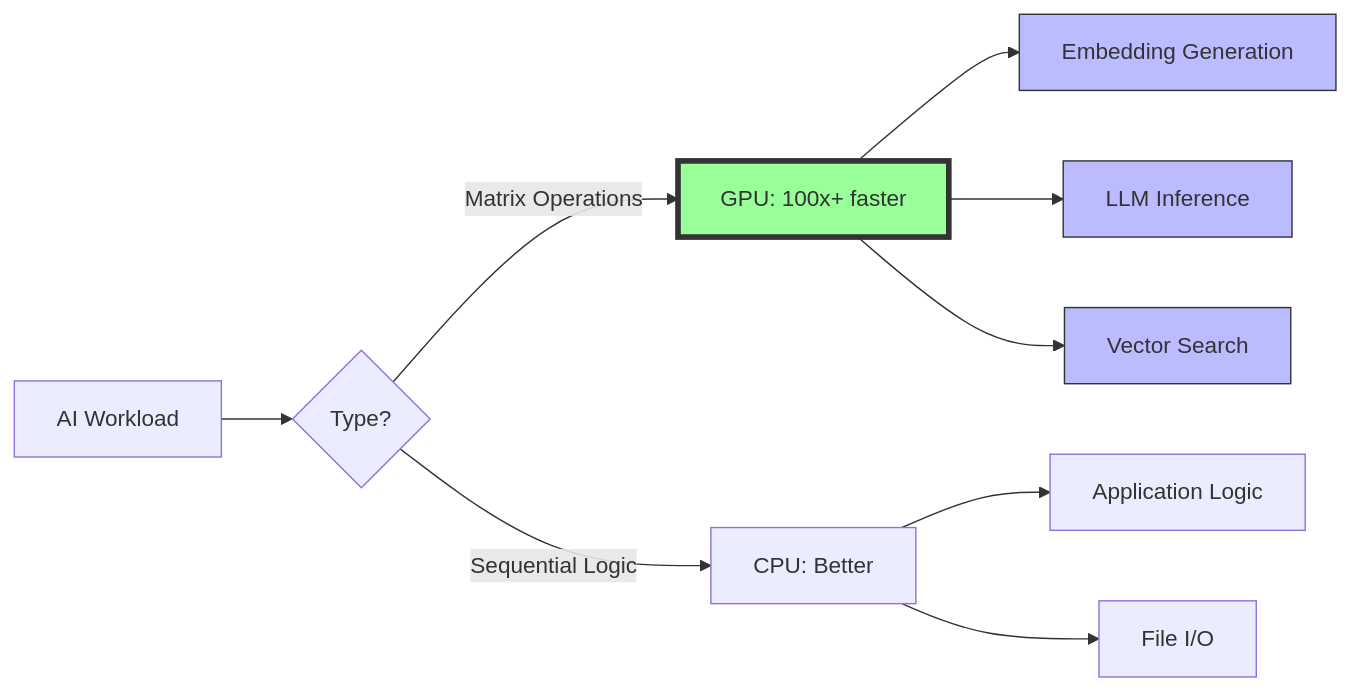
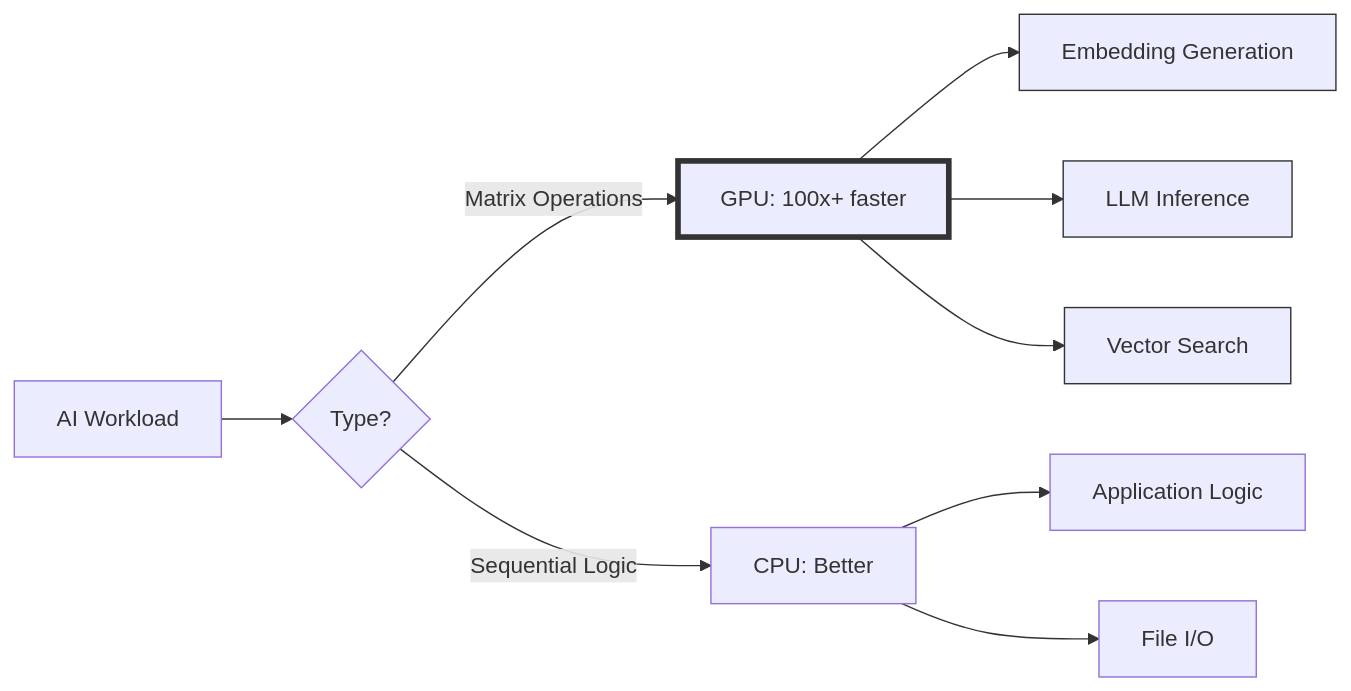
One commit to Shaddix/mostlylucidweb changed the first of 5 diagrams in Mostlylucid/Markdown/building-a-lawyer-gpt-for-your-blog-part2.md. Above: the diagram before and after it, drawn with Mermaid. The commit also changed other lines of this file and 7 other files, not shown here.

First line of the commit message:
Update Mermaid diagrams in Lawyer GPT series for dark mode compatibility

````diff
--- a/Mostlylucid/Markdown/building-a-lawyer-gpt-for-your-blog-part2.md
+++ b/Mostlylucid/Markdown/building-a-lawyer-gpt-for-your-blog-part2.md
@@ -24,18 +24,19 @@
 ```mermaid
 graph LR
     A[AI Workload] --> B{Type?}
     B -->|Matrix Operations| C[GPU: 100x+ faster]
     B -->|Sequential Logic| D[CPU: Better]
 
     C --> E[Embedding Generation]
     C --> F[LLM Inference]
     C --> G[Vector Search]
 
     D --> H[Application Logic]
     D --> I[File I/O]
 
-    style C fill:#9f9,stroke:#333,stroke-width:4px
-    style E fill:#bbf,stroke:#333
-    style F fill:#bbf,stroke:#333
-    style G fill:#bbf,stroke:#333
+    class C gpu
+    class E,F,G aiTasks
+
+    classDef gpu stroke:#333,stroke-width:4px
+    classDef aiTasks stroke:#333
 ```
````
